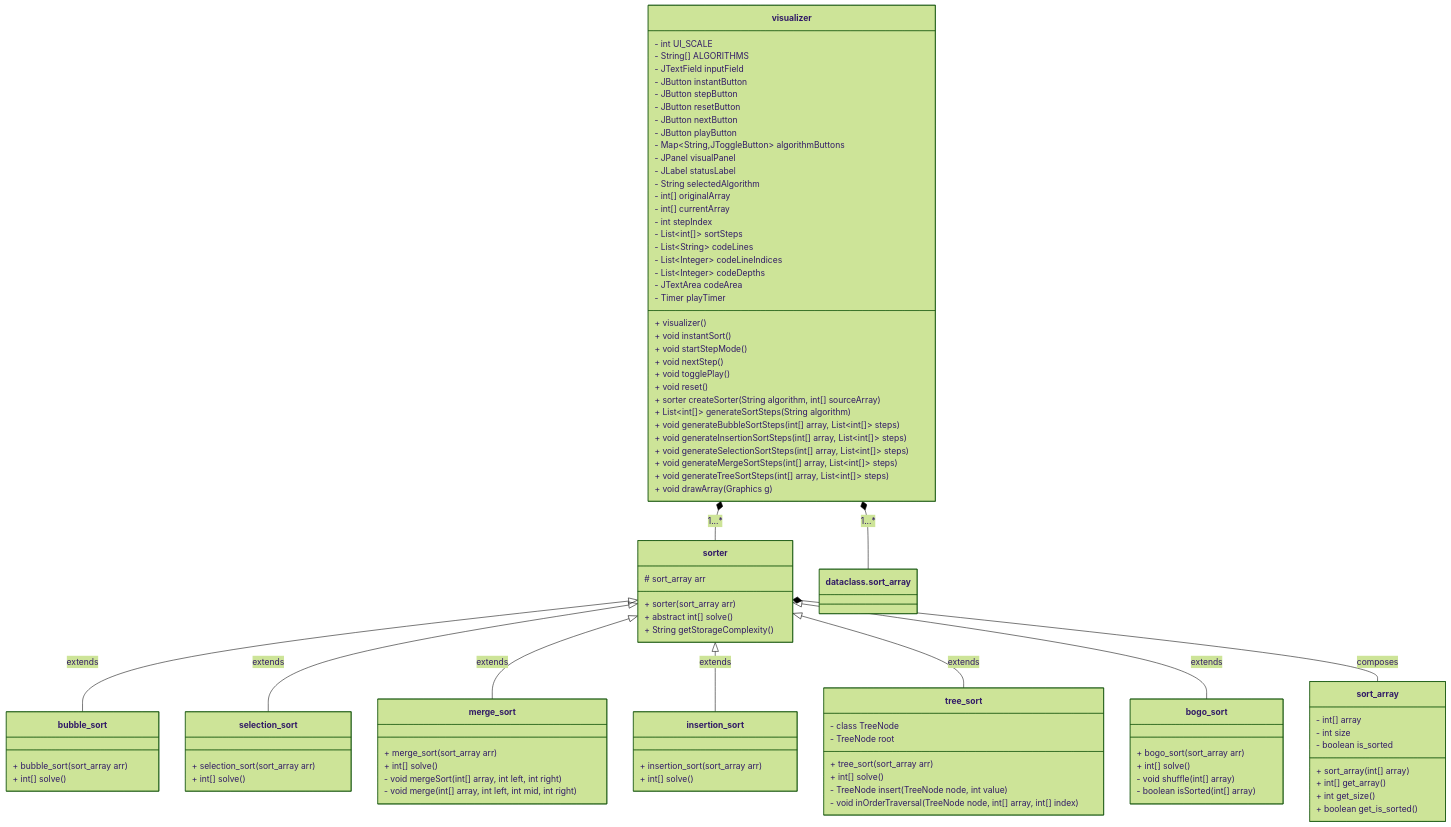
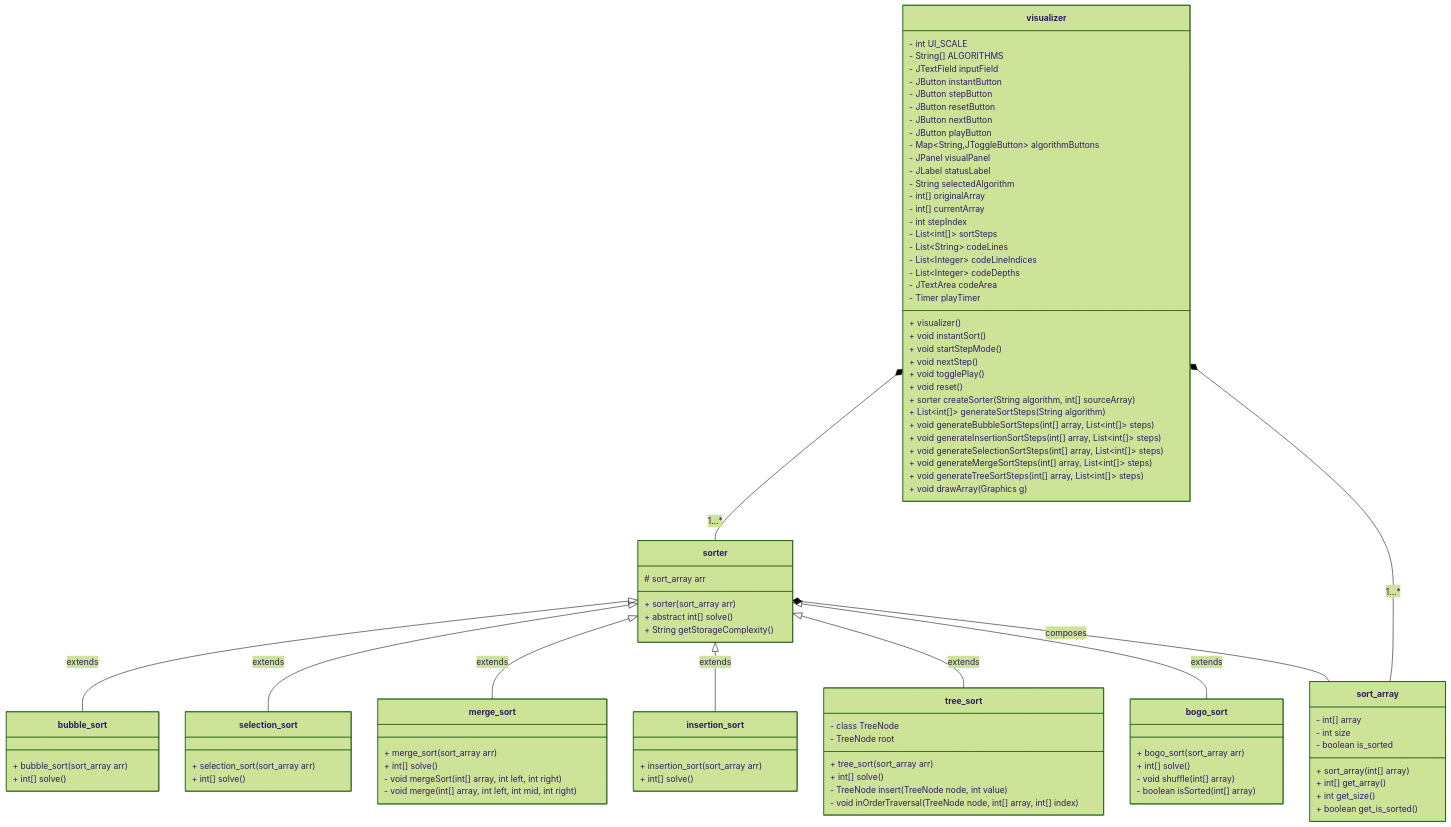
Before and after one commit to ChecksMc/School_OOP_project: the diagram in README.md, drawn with Mermaid (forest theme).

Commit message:
update class diagramm to prevent missmatches

````diff
--- a/README.md
+++ b/README.md
@@ -178,5 +178,5 @@
     sorter <|-- bogo_sort : extends
     sorter *-- sort_array : composes
     visualizer *-- sorter : 1...*
-    visualizer *-- dataclass.sort_array : 1...*
+    visualizer *-- sort_array : 1...*
 ```
````
